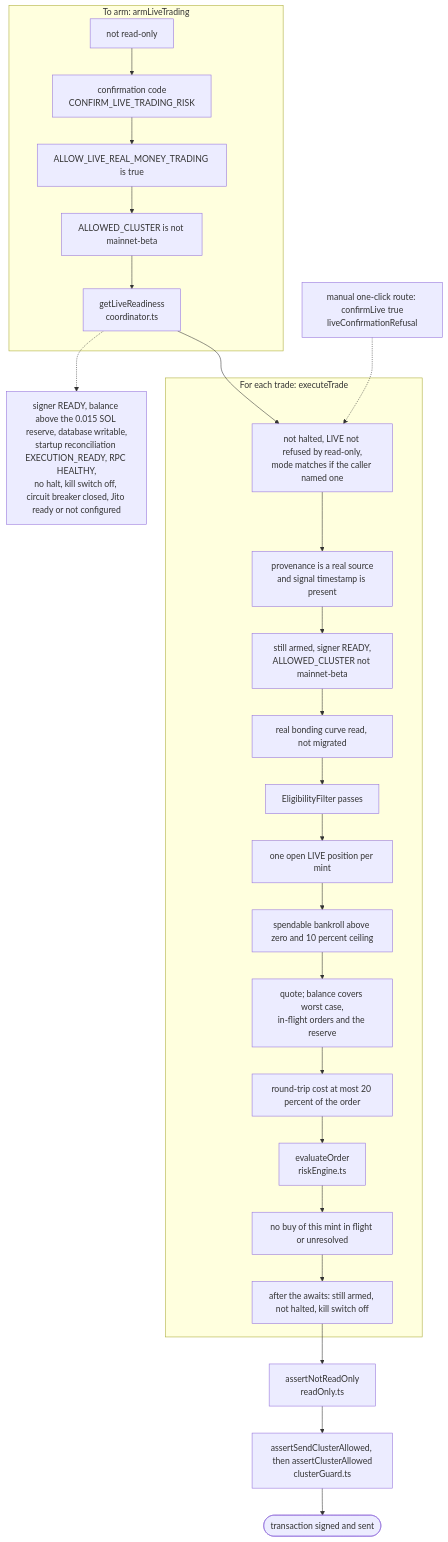
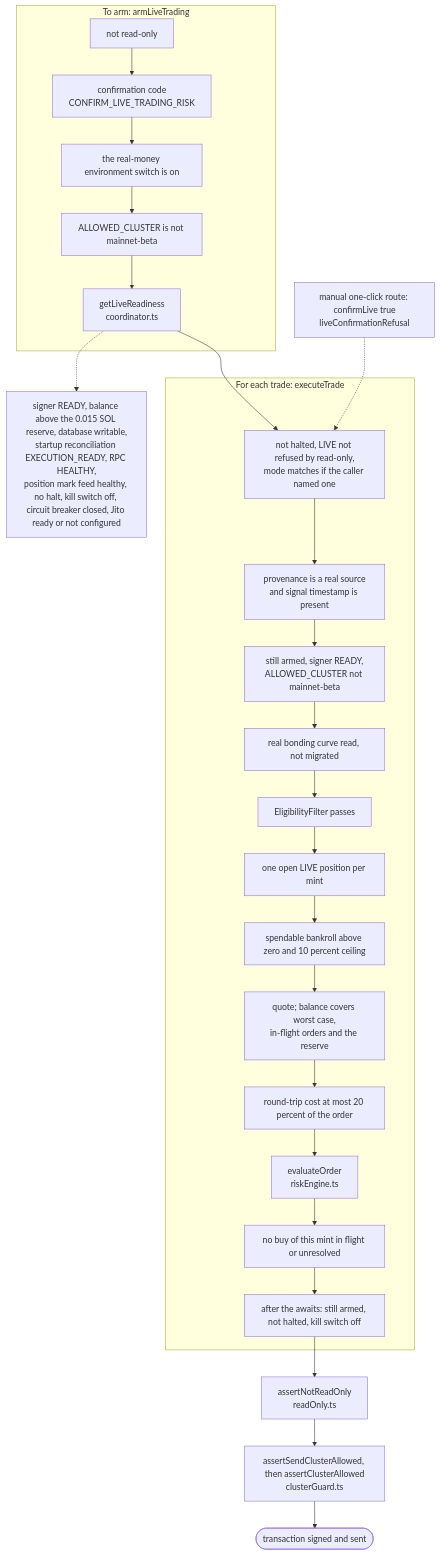
One commit to ttcdm/hft changed the third of 3 diagrams in docs/ARCHITECTURE.md. Above: the diagram before and after it, drawn with Mermaid. The commit also changed other lines of this file and 7 other files, not shown here.

````diff
--- a/docs/ARCHITECTURE.md
+++ b/docs/ARCHITECTURE.md
@@ -117,28 +119,28 @@
 ```mermaid
 flowchart TD
   subgraph arm["To arm: armLiveTrading"]
     a0["not read-only"] --> a1["confirmation code<br/>CONFIRM_LIVE_TRADING_RISK"]
-    a1 --> a2["ALLOW_LIVE_REAL_MONEY_TRADING is true"]
+    a1 --> a2["the real-money environment switch is on"]
     a2 --> a2b["ALLOWED_CLUSTER is not mainnet-beta"]
     a2b --> a3["getLiveReadiness<br/>coordinator.ts"]
   end
-  a3 -.-> a3g["signer READY, balance above the 0.015 SOL reserve, database writable,<br/>startup reconciliation EXECUTION_READY, RPC HEALTHY,<br/>no halt, kill switch off, circuit breaker closed, Jito ready or not configured"]
+  a3 -.-> a3g["signer READY, balance above the 0.015 SOL reserve, database writable,<br/>startup reconciliation EXECUTION_READY, RPC HEALTHY,<br/>position mark feed healthy, no halt, kill switch off, circuit breaker closed, Jito ready or not configured"]
   a3 --> t0
   subgraph trade["For each trade: executeTrade"]
     t0["not halted, LIVE not refused by read-only,<br/>mode matches if the caller named one"] --> t1["provenance is a real source<br/>and signal timestamp is present"]
     t1 --> t2["still armed, signer READY,<br/>ALLOWED_CLUSTER not mainnet-beta"]
     t2 --> t3["real bonding curve read, not migrated"]
     t3 --> t4["EligibilityFilter passes"]
     t4 --> t5["one open LIVE position per mint"]
     t5 --> t6["spendable bankroll above zero and 10 percent ceiling"]
     t6 --> t7["quote; balance covers worst case,<br/>in-flight orders and the reserve"]
     t7 --> t8["round-trip cost at most 20 percent of the order"]
     t8 --> t9["evaluateOrder<br/>riskEngine.ts"]
     t9 --> t10["no buy of this mint in flight or unresolved"]
     t10 --> t11["after the awaits: still armed, not halted, kill switch off"]
   end
   t11 --> s0["assertNotReadOnly<br/>readOnly.ts"]
   s0 --> s1["assertSendClusterAllowed, then assertClusterAllowed<br/>clusterGuard.ts"]
   s1 --> s2(["transaction signed and sent"])
   m["manual one-click route: confirmLive true<br/>liveConfirmationRefusal"] -.-> t0
 ```
````
